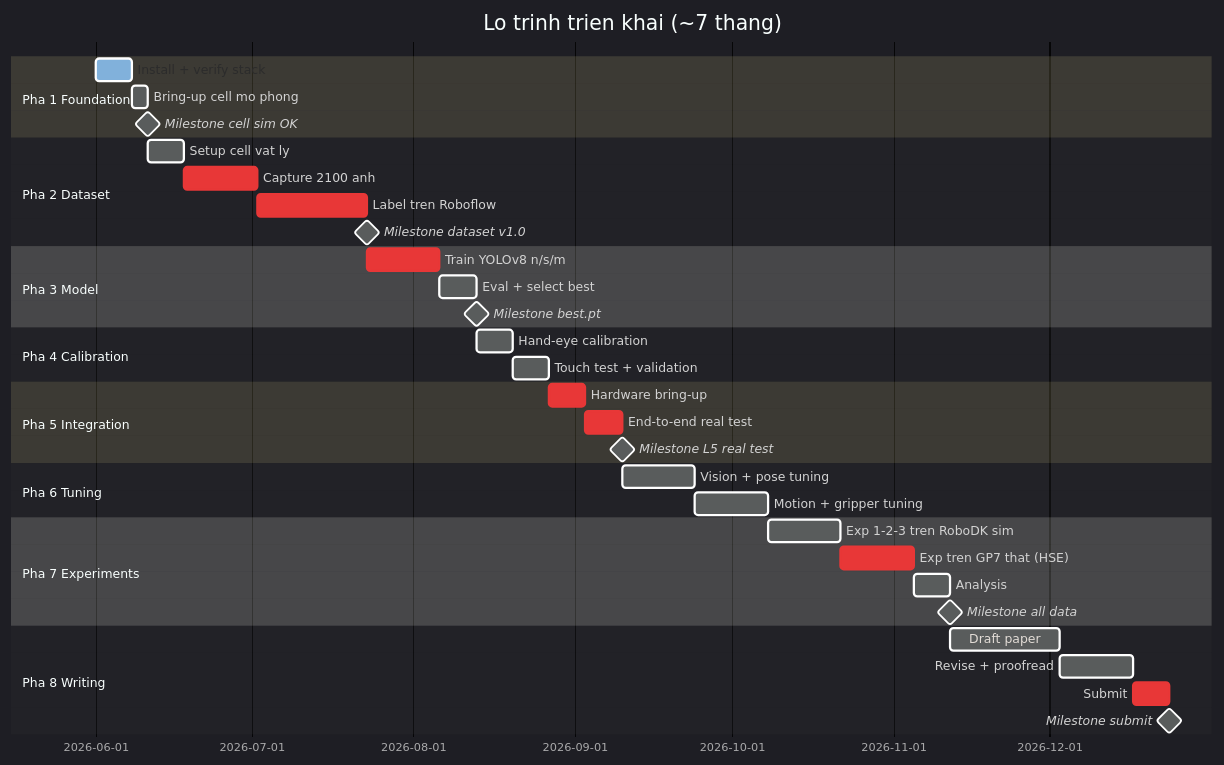
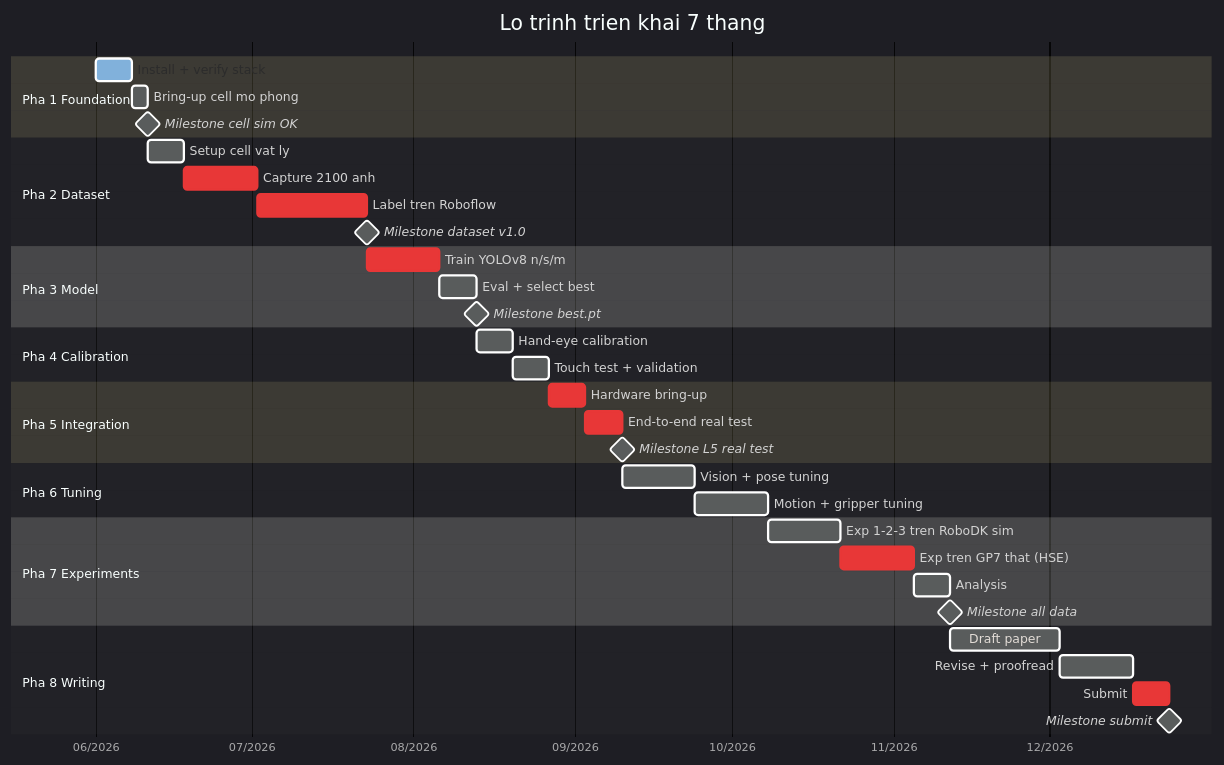
One commit to manhhv87/DTwinGP7 changed the tenth of 10 diagrams in docs/phat_bieu_bai_toan_v3_2_HD.md. Above: the diagram before and after it, drawn with Mermaid. The commit also changed other lines of this file, not shown here.

First line of the commit message:
fix: mermaid 11.13 syntax errors trong sequence va gantt

````diff
--- a/docs/phat_bieu_bai_toan_v3_2_HD.md
+++ b/docs/phat_bieu_bai_toan_v3_2_HD.md
@@ -929,48 +923,48 @@
 ```mermaid
 %%{init: {'theme':'dark'}}%%
 gantt
-    title Lo trinh trien khai (~7 thang)
+    title Lo trinh trien khai 7 thang
     dateFormat YYYY-MM-DD
-    todayMarker on
+    axisFormat %m/%Y
 
     section Pha 1 Foundation
     Install + verify stack                 :active, p1a, 2026-06-01, 7d
     Bring-up cell mo phong                 :p1b, after p1a, 3d
     Milestone cell sim OK                  :milestone, m1, after p1b, 0d
 
     section Pha 2 Dataset
     Setup cell vat ly                      :p2a, after p1b, 7d
     Capture 2100 anh                       :crit, p2b, after p2a, 14d
     Label tren Roboflow                    :crit, p2c, after p2b, 21d
     Milestone dataset v1.0                 :milestone, m2, after p2c, 0d
 
     section Pha 3 Model
     Train YOLOv8 n/s/m                     :crit, p3a, after p2c, 14d
     Eval + select best                     :p3b, after p3a, 7d
     Milestone best.pt                      :milestone, m3, after p3b, 0d
 
     section Pha 4 Calibration
     Hand-eye calibration                   :p4a, after p3b, 7d
     Touch test + validation                :p4b, after p4a, 7d
 
     section Pha 5 Integration
     Hardware bring-up                      :crit, p5a, after p4b, 7d
     End-to-end real test                   :crit, p5b, after p5a, 7d
     Milestone L5 real test                 :milestone, m5, after p5b, 0d
 
     section Pha 6 Tuning
     Vision + pose tuning                   :p6a, after p5b, 14d
     Motion + gripper tuning                :p6b, after p6a, 14d
 
     section Pha 7 Experiments
     Exp 1-2-3 tren RoboDK sim              :p7a, after p6b, 14d
     Exp tren GP7 that (HSE)                :crit, p7b, after p7a, 14d
     Analysis                               :p7c, after p7b, 7d
     Milestone all data                     :milestone, m7, after p7c, 0d
 
     section Pha 8 Writing
     Draft paper                            :p8a, after p7c, 21d
     Revise + proofread                     :p8b, after p8a, 14d
     Submit                                 :crit, p8c, after p8b, 7d
     Milestone submit                       :milestone, m8, after p8c, 0d
 ```
````
